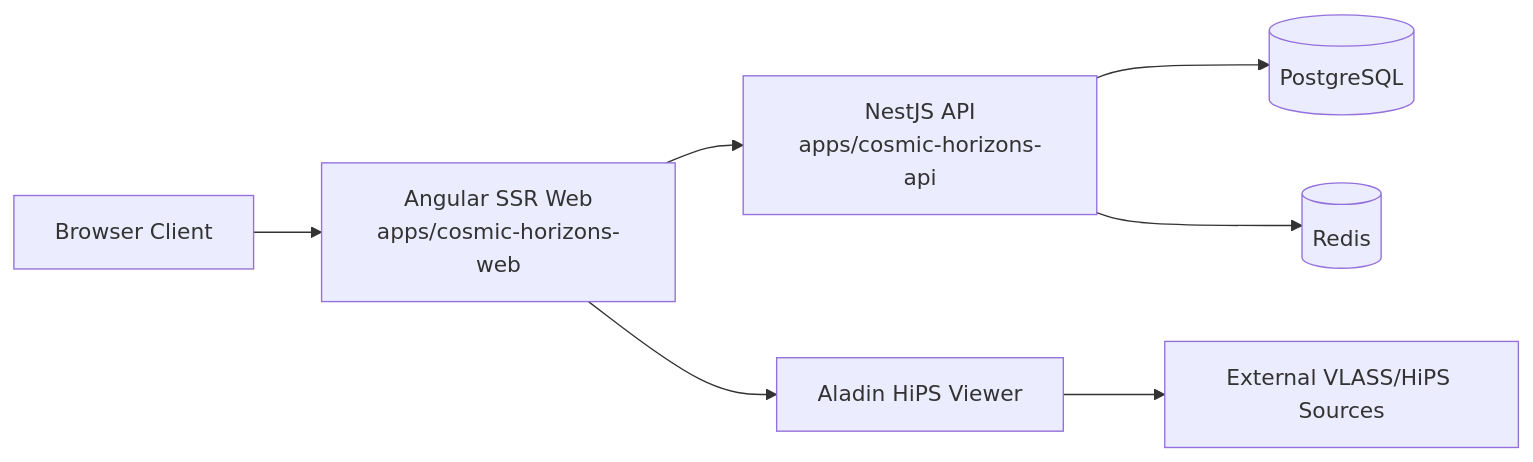
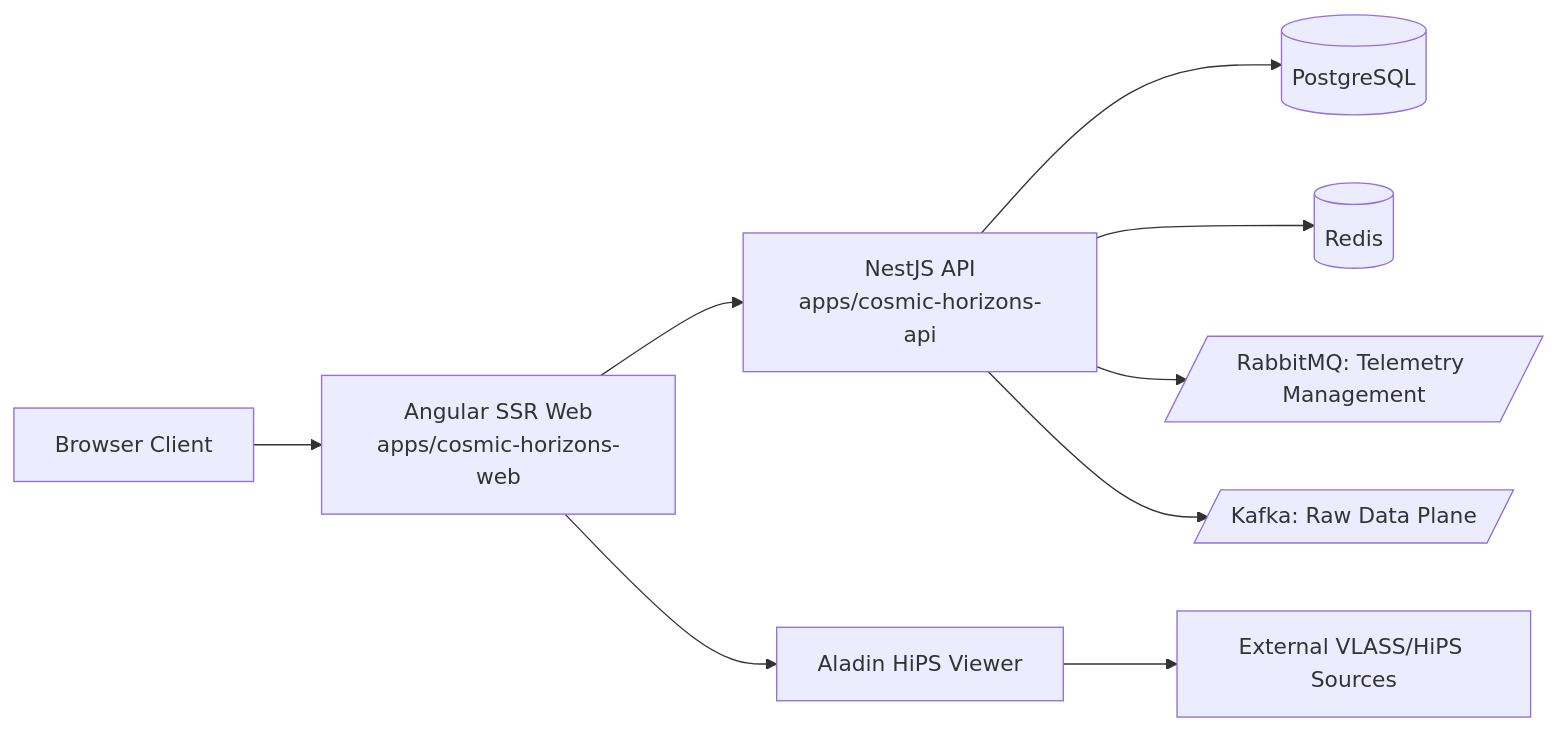
The diagram in documentation/architecture/ARCHITECTURE.md (JeffreySanford/vlass-potral), drawn with Mermaid before and after one commit. The commit also changed 52 other files, not shown here.

````diff
--- a/documentation/architecture/ARCHITECTURE.md
+++ b/documentation/architecture/ARCHITECTURE.md
@@ -43,10 +45,11 @@
 ```mermaid
 flowchart LR
     U[Browser Client] --> W[Angular SSR Web<br/>apps/cosmic-horizons-web]
     W --> A[NestJS API<br/>apps/cosmic-horizons-api]
     A --> P[(PostgreSQL)]
     A --> R[(Redis)]
+    A --> MQ[/RabbitMQ: Telemetry Management/]
+    A --> K[/Kafka: Raw Data Plane/]
     W --> V[Aladin HiPS Viewer]
     V --> E[External VLASS/HiPS Sources]
-
 ```
````
